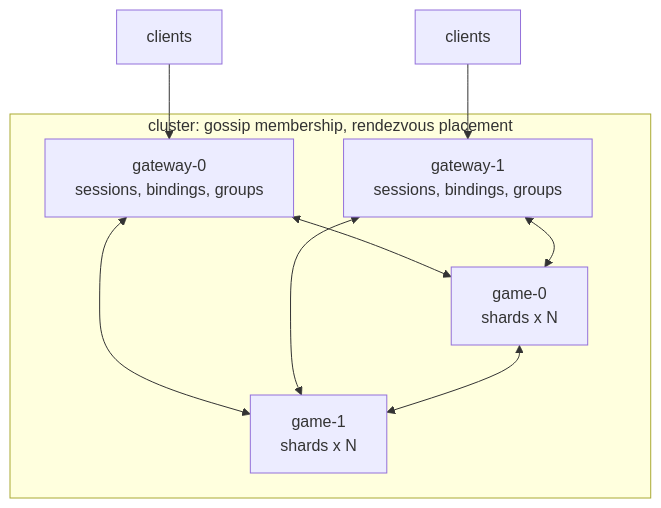
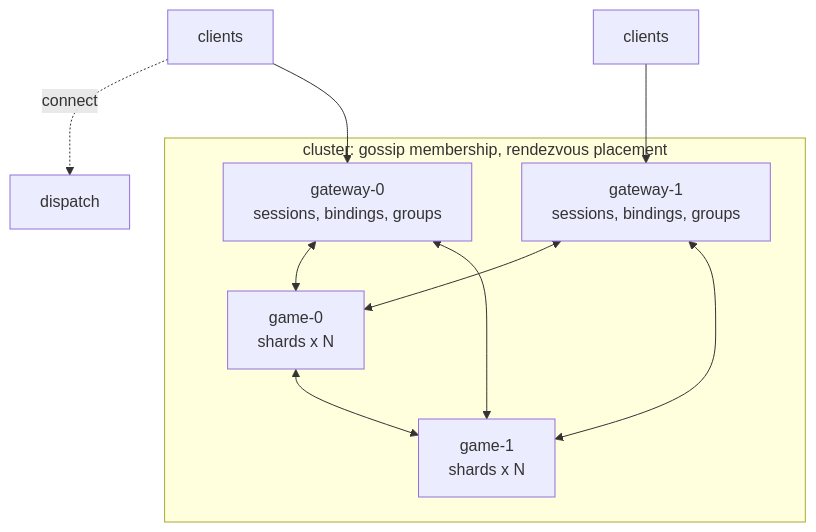
The first of 2 diagrams in README.md (JasonXuDeveloper/DaServer), drawn with Mermaid before and after one commit. The commit also changed other lines of this file and 5 other files, not shown here.

````diff
--- a/README.md
+++ b/README.md
@@ -25,16 +25,17 @@
 ```mermaid
 flowchart TB
-    C1[clients] --> G1
+    C1[clients] -. connect .-> D[dispatch]
+    C1 --> G1
     C2[clients] --> G2
     subgraph cluster [cluster: gossip membership, rendezvous placement]
         G1[gateway-0<br/>sessions, bindings, groups]
         G2[gateway-1<br/>sessions, bindings, groups]
         N1[game-0<br/>shards x N]
         N2[game-1<br/>shards x N]
         G1 <--> N1
         G1 <--> N2
         G2 <--> N1
         G2 <--> N2
         N1 <--> N2
     end
 ```
````
